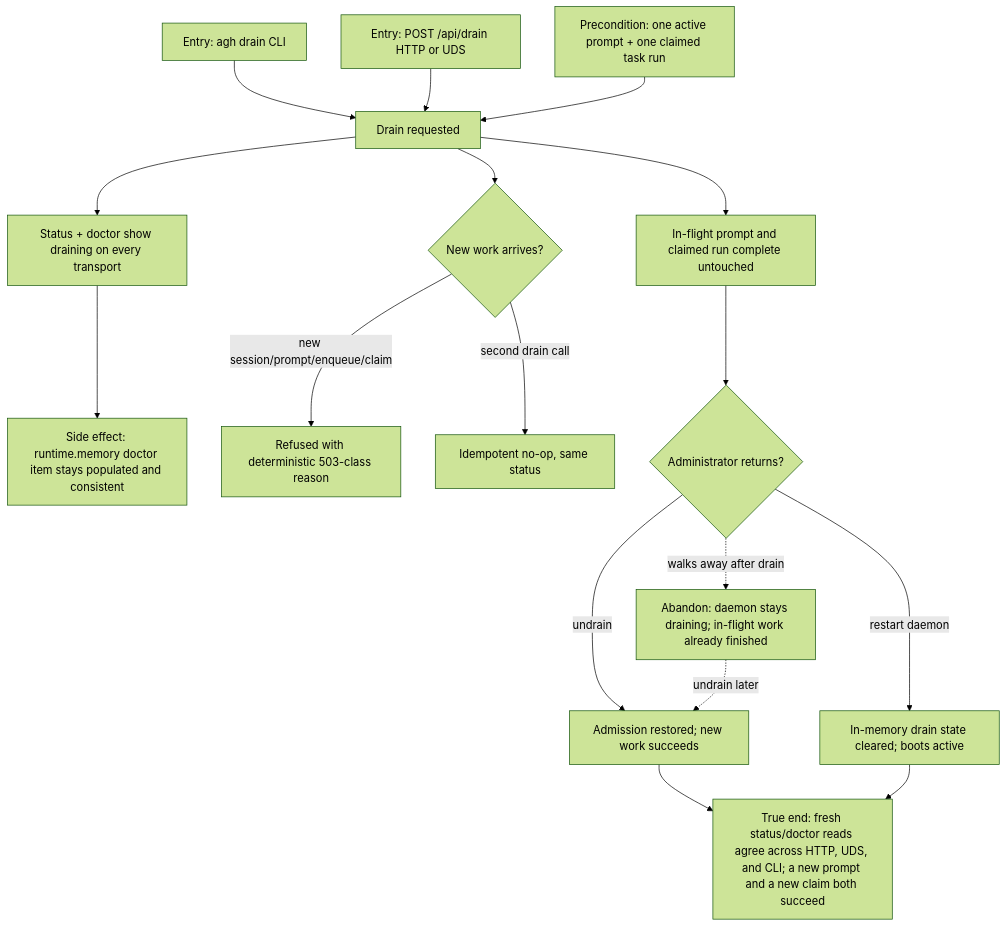
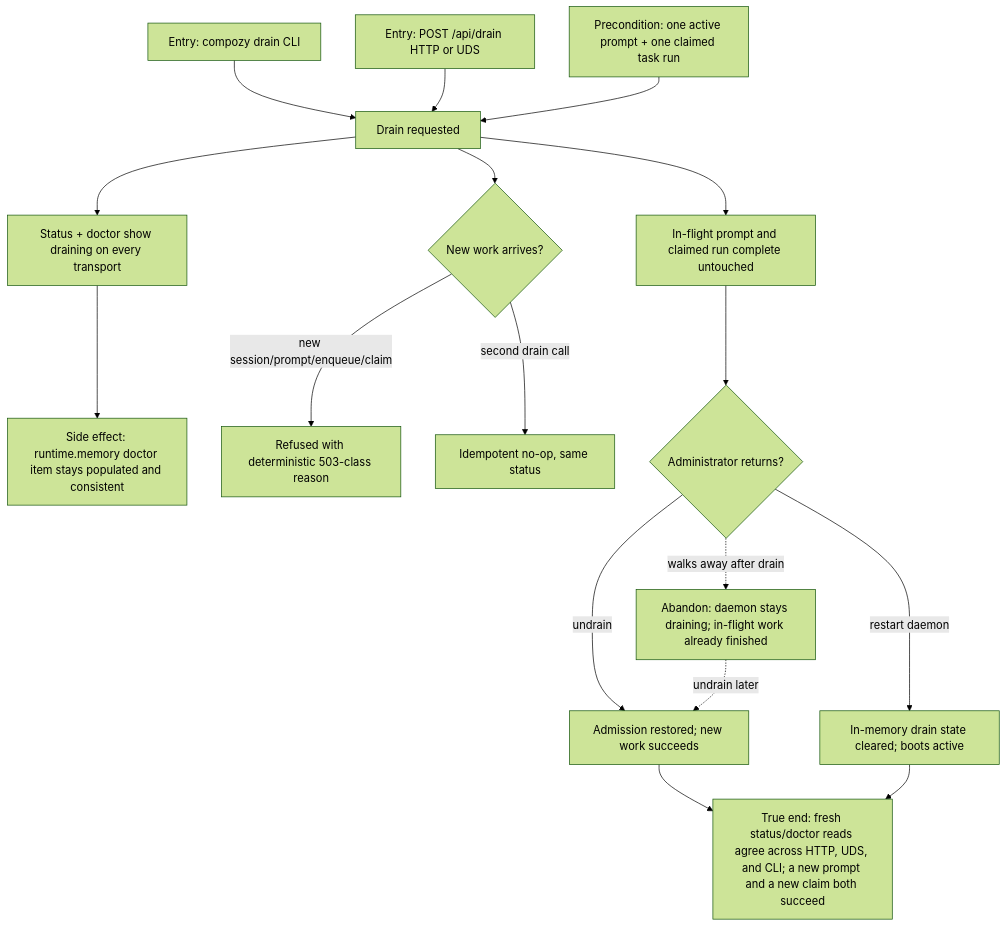
The diagram in docs/qa/journeys/J-drain-daemon-safely.md (compozy/compozy), drawn with Mermaid (forest theme) before and after one commit. The commit also changed other lines of this file and 831 other files, not shown here.

````diff
--- a/docs/qa/journeys/J-drain-daemon-safely.md
+++ b/docs/qa/journeys/J-drain-daemon-safely.md
@@ -8,19 +8,19 @@
 ```mermaid
 flowchart TD
-    E1[Entry: agh drain CLI] --> D[Drain requested]
+    E1[Entry: compozy drain CLI] --> D[Drain requested]
     E2[Entry: POST /api/drain HTTP or UDS] --> D
     W[Precondition: one active prompt + one claimed task run] --> D
     D --> S[Status + doctor show draining on every transport]
     S --> MEM[Side effect: runtime.memory doctor item stays populated and consistent]
     D --> N{New work arrives?}
     N -->|new session/prompt/enqueue/claim| REF[Refused with deterministic 503-class reason]
     N -->|second drain call| IDEM[Idempotent no-op, same status]
     D --> IF[In-flight prompt and claimed run complete untouched]
     IF --> U{Administrator returns?}
     U -->|undrain| RES[Admission restored; new work succeeds]
     U -->|restart daemon| ACT[In-memory drain state cleared; boots active]
     U -.->|walks away after drain| AB[Abandon: daemon stays draining; in-flight work already finished]
     AB -.->|undrain later| RES
     RES --> TE[True end: fresh status/doctor reads agree across HTTP, UDS, and CLI; a new prompt and a new claim both succeed]
     ACT --> TE
 ```
````
